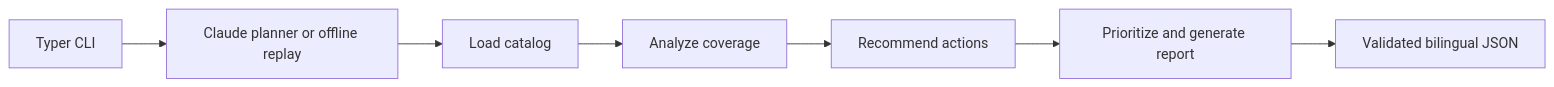
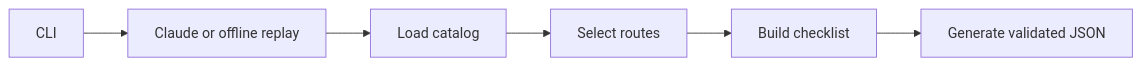
Before and after one commit to instantmhm/instantmhm-vision2030-sdg-agent: the diagram in README.md, drawn with Mermaid. The commit also changed other lines of this file and 19 other files, not shown here.

Commit message:
feat: build bilingual SME licensing and financing agent

````diff
--- a/README.md
+++ b/README.md
@@ -20,9 +17,8 @@
 ```mermaid
 flowchart LR
-  A["Typer CLI"] --> B["Claude planner or offline replay"]
-  B --> C["Load catalog"]
-  C --> D["Analyze coverage"]
-  D --> E["Recommend actions"]
-  E --> F["Prioritize and generate report"]
-  F --> G["Validated bilingual JSON"]
+  CLI --> Planner["Claude or offline replay"]
+  Planner --> Catalog["Load catalog"]
+  Catalog --> Routes["Select routes"]
+  Routes --> Actions["Build checklist"]
+  Actions --> JSON["Generate validated JSON"]
 ```
````
